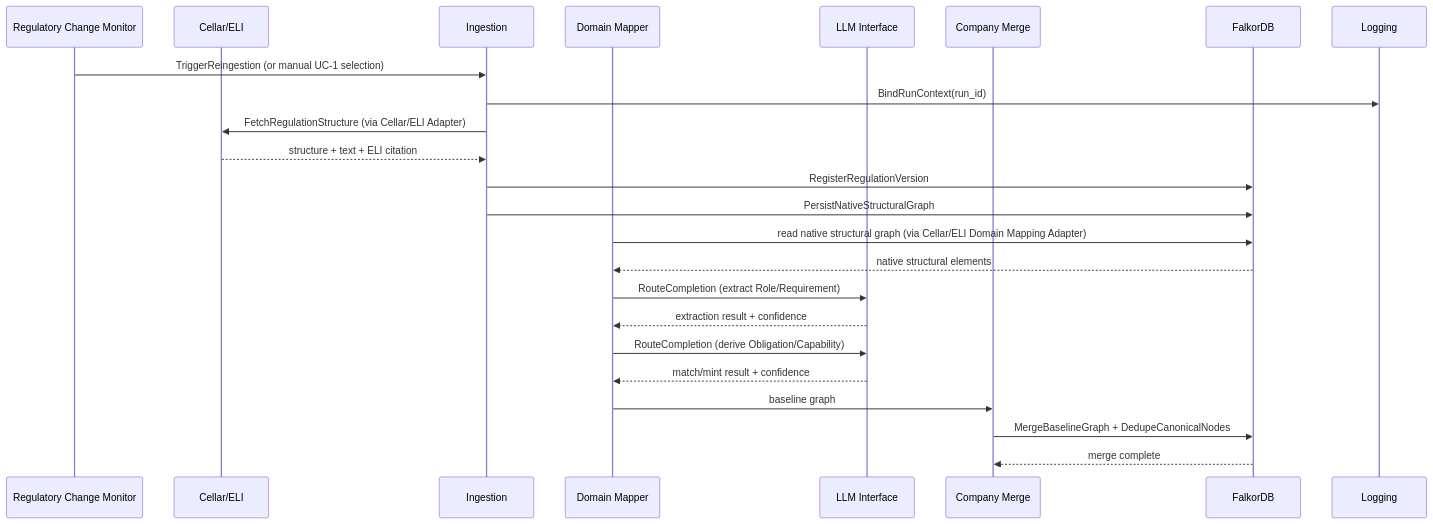
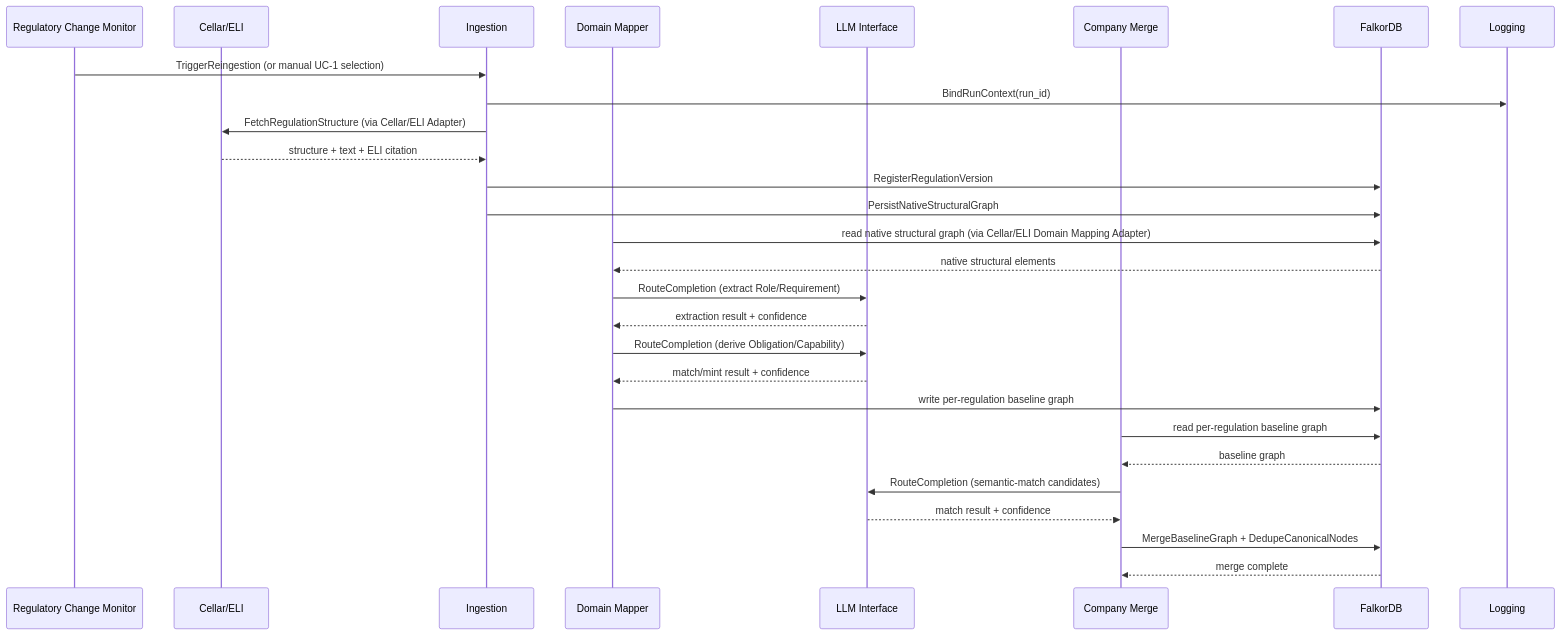
The second of 3 diagrams in docs/architecture/ps-service-container-architecture.md (mindovermachine-dev/policy-system), drawn with Mermaid before and after one commit. The commit also changed other lines of this file and 1 other file, not shown here.

Commit message:
docs(fix): clarified company mapper in ca

````diff
--- a/docs/architecture/ps-service-container-architecture.md
+++ b/docs/architecture/ps-service-container-architecture.md
@@ -602,29 +608,33 @@
 ```mermaid
 sequenceDiagram
     participant Monitor as Regulatory Change Monitor
     participant Cellar as Cellar/ELI
     participant Ingestion
     participant Mapper as Domain Mapper
     participant LLM as LLM Interface
     participant Merge as Company Merge
     participant DB as FalkorDB
     participant Logging
 
     Monitor->>Ingestion: TriggerReingestion (or manual UC-1 selection)
     Ingestion->>Logging: BindRunContext(run_id)
     Ingestion->>Cellar: FetchRegulationStructure (via Cellar/ELI Adapter)
     Cellar-->>Ingestion: structure + text + ELI citation
     Ingestion->>DB: RegisterRegulationVersion
     Ingestion->>DB: PersistNativeStructuralGraph
 
     Mapper->>DB: read native structural graph (via Cellar/ELI Domain Mapping Adapter)
     DB-->>Mapper: native structural elements
     Mapper->>LLM: RouteCompletion (extract Role/Requirement)
     LLM-->>Mapper: extraction result + confidence
     Mapper->>LLM: RouteCompletion (derive Obligation/Capability)
     LLM-->>Mapper: match/mint result + confidence
-    Mapper->>Merge: baseline graph
+    Mapper->>DB: write per-regulation baseline graph
 
+    Merge->>DB: read per-regulation baseline graph
+    DB-->>Merge: baseline graph
+    Merge->>LLM: RouteCompletion (semantic-match candidates)
+    LLM-->>Merge: match result + confidence
     Merge->>DB: MergeBaselineGraph + DedupeCanonicalNodes
     DB-->>Merge: merge complete
 ```
````
